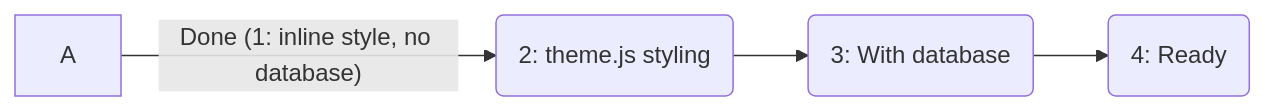
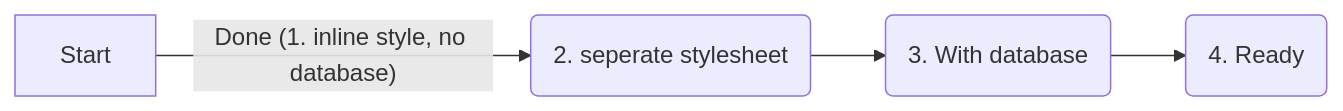
Before and after one commit to katrikiero/todokatri: the diagram in readme.md, drawn with Mermaid. The commit also changed other lines of this file, not shown here.

````diff
--- a/readme.md
+++ b/readme.md
@@ -7,7 +7,7 @@
 ```mermaid
 flowchart LR
-    A -- Done (1: inline style, no database) -->
-    B(2: theme.js styling)  -->
-    C(3: With database) -->
-    D(4: Ready)
+    Start -- Done (1. inline style, no database) --> 
+    B(2. seperate stylesheet)  -->
+    C(3. With database) -->
+    D(4. Ready)
 ```
````
